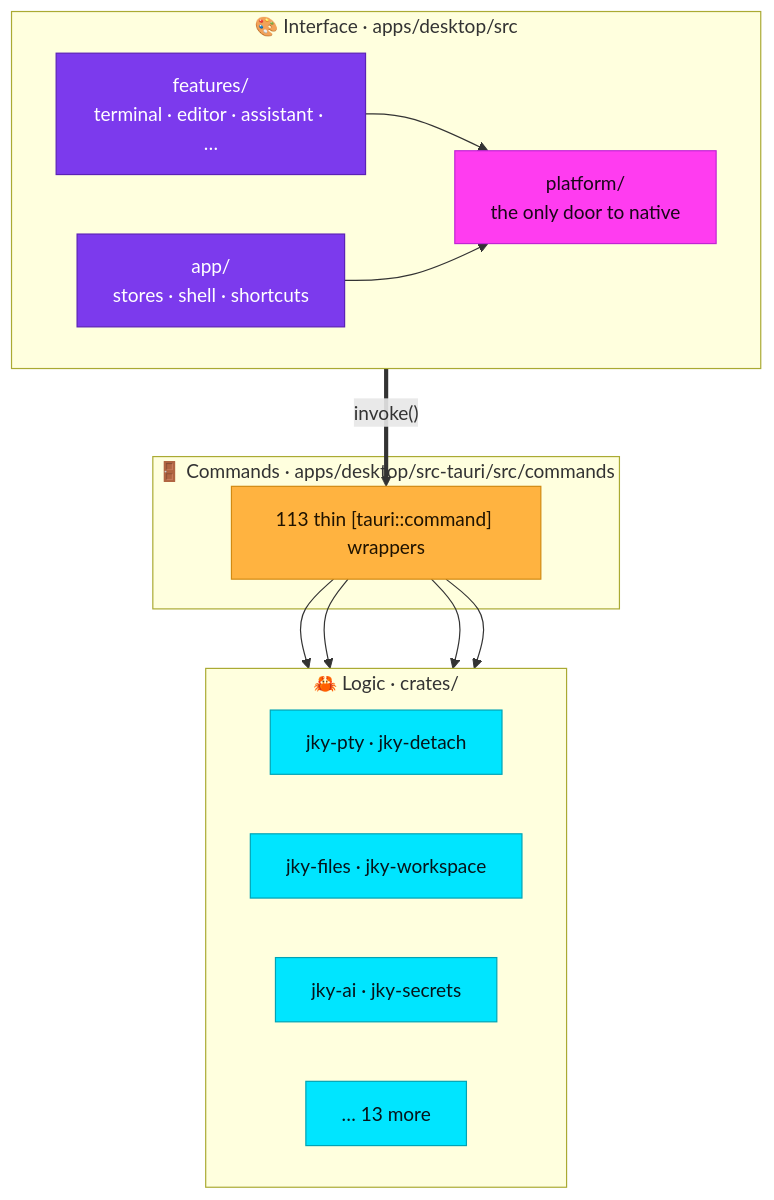
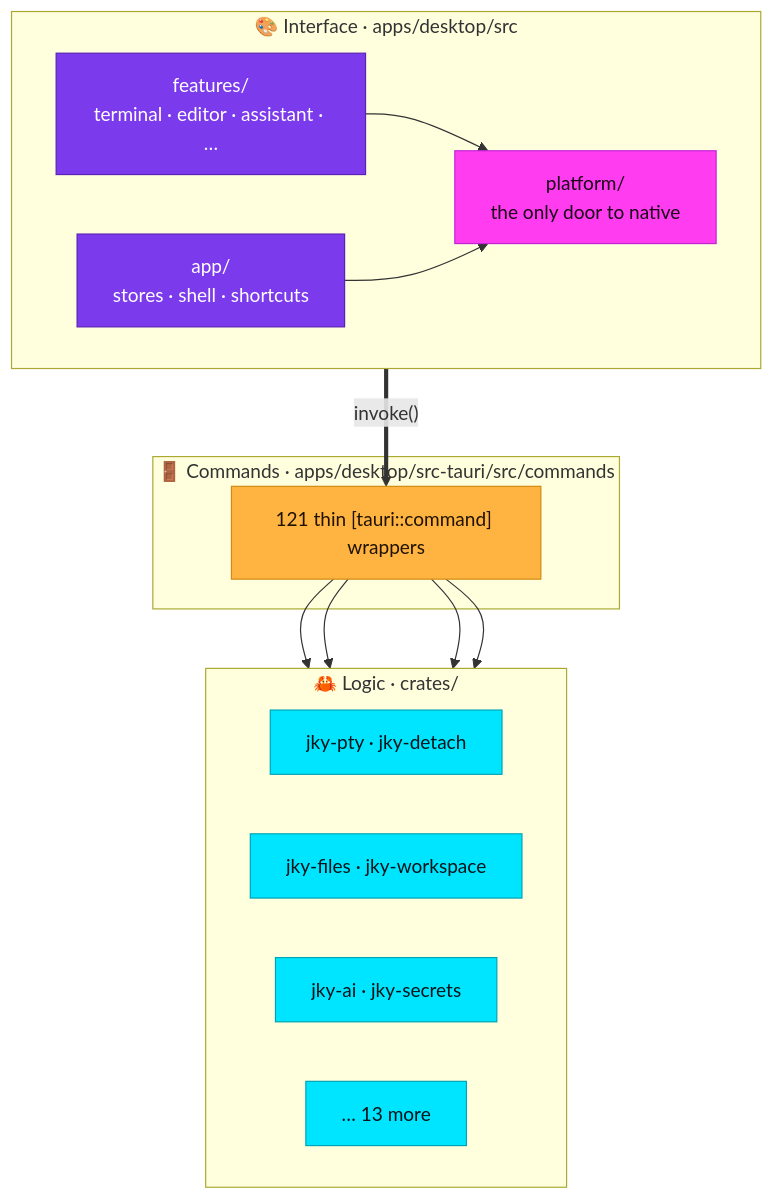
Before and after one commit to kartikeyajay2006/jky-terminal: the first of 5 diagrams in docs/architecture.md, drawn with Mermaid. The commit also changed other lines of this file and 13 other files, not shown here.

````diff
--- a/docs/architecture.md
+++ b/docs/architecture.md
@@ -28,28 +28,28 @@
 ```mermaid
 flowchart TB
     subgraph UI["🎨 Interface · apps/desktop/src"]
         direction LR
         F[features/<br/>terminal · editor · assistant · …]:::violet
         S[app/<br/>stores · shell · shortcuts]:::violet
         P[platform/<br/>the only door to native]:::magenta
         F --> P
         S --> P
     end
     subgraph IPC["🚪 Commands · apps/desktop/src-tauri/src/commands"]
-        C[113 thin #91;tauri::command#93; wrappers]:::amber
+        C[121 thin #91;tauri::command#93; wrappers]:::amber
     end
     subgraph CORE["🦀 Logic · crates/"]
         direction LR
         K1[jky-pty · jky-detach]:::cyan
         K2[jky-files · jky-workspace]:::cyan
         K3[jky-ai · jky-secrets]:::cyan
         K4[… 13 more]:::cyan
     end
     P == "invoke()" ==> C
     C --> K1 & K2 & K3 & K4
 
     classDef cyan fill:#00e5ff,stroke:#00a3b5,color:#06141a
     classDef amber fill:#ffb340,stroke:#d18a12,color:#1f1300
     classDef violet fill:#7c3aed,stroke:#5b21b6,color:#ffffff
     classDef magenta fill:#ff3cf0,stroke:#c026d3,color:#1a0618
 ```
````
